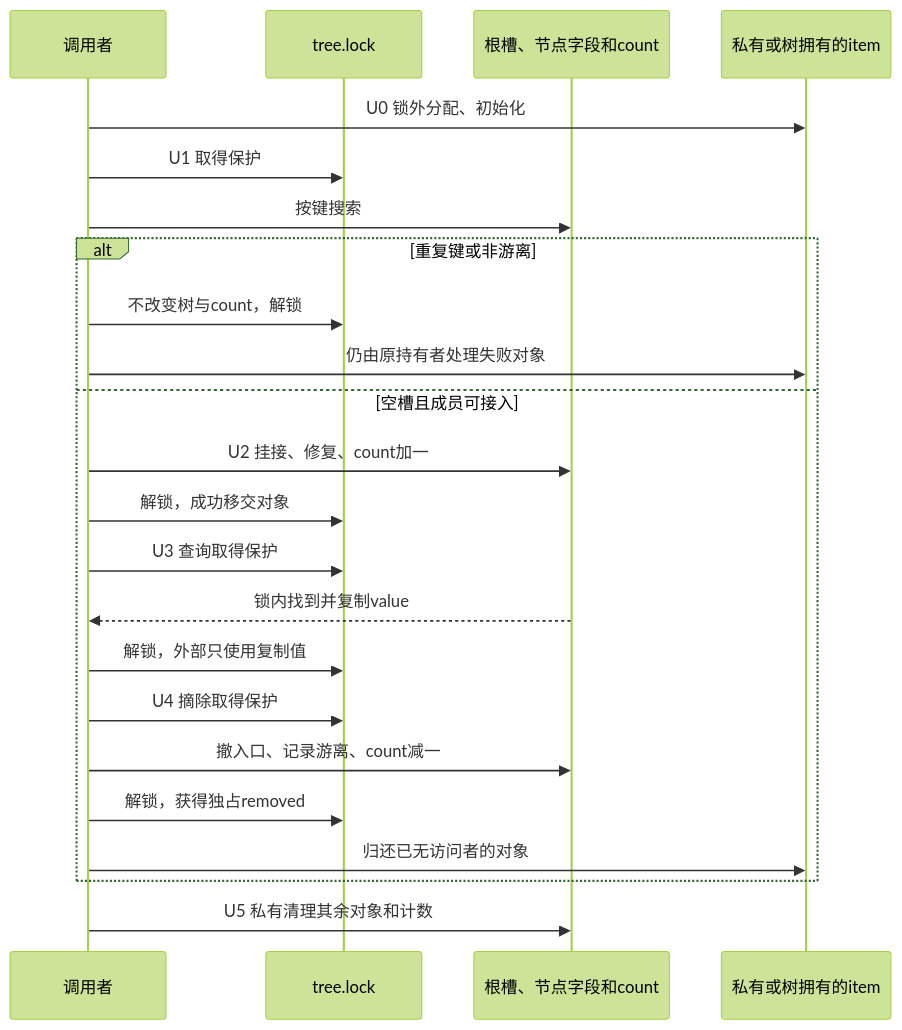
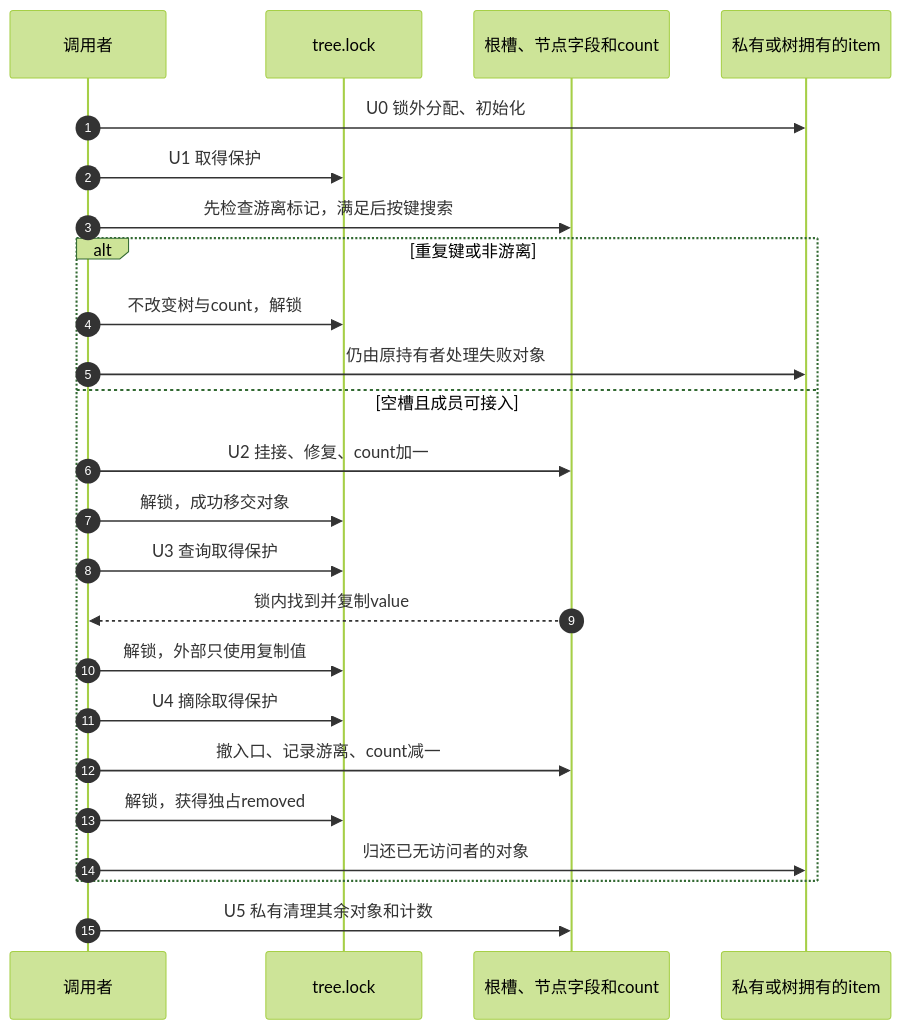
One commit to FormingSystem/linux_note changed the third of 30 diagrams in knowledge/linux/data_structures/红黑树_rb-tree/P37_构建rbtree调用者接口.md. Above: the diagram before and after it, drawn with Mermaid (forest theme). The commit also changed other lines of this file and 2 other files, not shown here.

````diff
--- a/knowledge/linux/data_structures/红黑树_rb-tree/P37_构建rbtree调用者接口.md
+++ b/knowledge/linux/data_structures/红黑树_rb-tree/P37_构建rbtree调用者接口.md
@@ -141,25 +141,26 @@
 ```mermaid
 sequenceDiagram
+    autonumber
     participant C as 调用者
     participant L as tree.lock
     participant T as 根槽、节点字段和count
     participant O as 私有或树拥有的item
     C->>O: U0 锁外分配、初始化
     C->>L: U1 取得保护
-    C->>T: 按键搜索
+    C->>T: 先检查游离标记，满足后按键搜索
     alt 重复键或非游离
         C->>L: 不改变树与count，解锁
         C->>O: 仍由原持有者处理失败对象
     else 空槽且成员可接入
         C->>T: U2 挂接、修复、count加一
         C->>L: 解锁，成功移交对象
         C->>L: U3 查询取得保护
         T-->>C: 锁内找到并复制value
         C->>L: 解锁，外部只使用复制值
         C->>L: U4 摘除取得保护
         C->>T: 撤入口、记录游离、count减一
         C->>L: 解锁，获得独占removed
         C->>O: 归还已无访问者的对象
     end
     C->>T: U5 私有清理其余对象和计数
 ```
````
